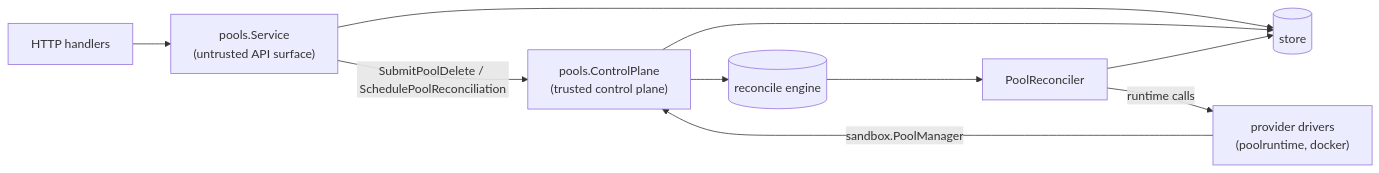
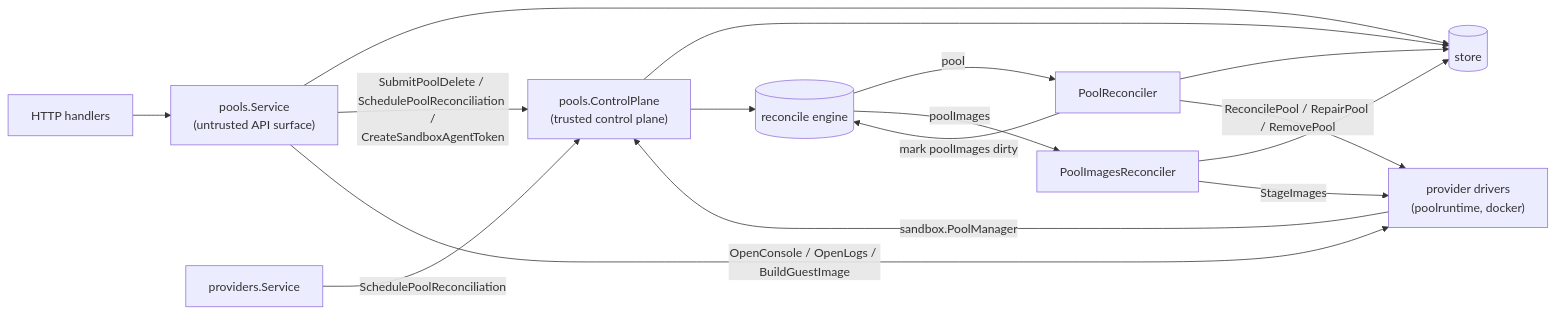
One commit to discobox-ai/discobox changed the diagram in server/internal/resources/pools/DESIGN.md. Above: the diagram before and after it, drawn with Mermaid. The commit also changed other lines of this file and 37 other files, not shown here.

````diff
--- a/server/internal/resources/pools/DESIGN.md
+++ b/server/internal/resources/pools/DESIGN.md
@@ -12,12 +12,18 @@
 ```mermaid
 flowchart LR
     handlers[HTTP handlers] --> svc["pools.Service<br/>(untrusted API surface)"]
     drivers["provider drivers<br/>(poolruntime, docker)"] -- sandbox.PoolManager --> cp["pools.ControlPlane<br/>(trusted control plane)"]
+    provsvc[providers.Service] -- SchedulePoolReconciliation --> cp
     svc --> store[(store)]
-    svc -- SubmitPoolDelete / SchedulePoolReconciliation --> cp
+    svc -- "SubmitPoolDelete / SchedulePoolReconciliation /<br/>CreateSandboxAgentToken" --> cp
+    svc -- "OpenConsole / OpenLogs / BuildGuestImage" --> drivers
     cp --> store
     cp --> engine[(reconcile engine)]
-    engine --> rec[PoolReconciler]
+    engine -- pool --> rec[PoolReconciler]
+    engine -- poolImages --> img[PoolImagesReconciler]
     rec --> store
-    rec -- runtime calls --> drivers
+    rec -- "ReconcilePool / RepairPool / RemovePool" --> drivers
+    rec -- mark poolImages dirty --> engine
+    img --> store
+    img -- StageImages --> drivers
 ```
````
